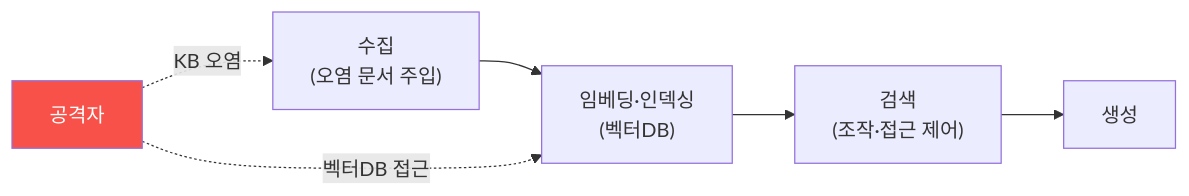
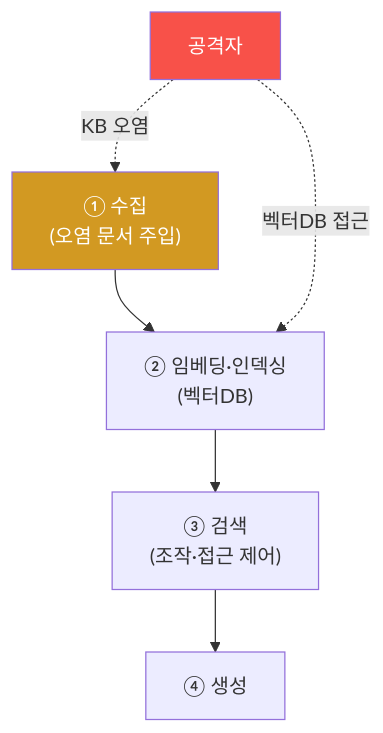
One commit to mrgrit/tw2 changed the diagram in contents/training/ai-service-pentest/lecture_week10.md. Above: the diagram before and after it, drawn with Mermaid. The commit also changed other lines of this file, not shown here.

First line of the commit message:
docs(ai-service-pentest): W10 강의 교재 보강 — RAG·벡터DB 보안

````diff
--- a/contents/training/ai-service-pentest/lecture_week10.md
+++ b/contents/training/ai-service-pentest/lecture_week10.md
@@ -56,9 +57,10 @@
 ```mermaid
-graph LR
-    I["수집<br/>(오염 문서 주입)"] --> E["임베딩·인덱싱<br/>(벡터DB)"]
-    E --> R["검색<br/>(조작·접근 제어)"]
-    R --> G["생성"]
-    ATK["공격자"] -.KB 오염.-> I
-    ATK -.벡터DB 접근.-> E
+graph TD
+    I["① 수집<br/>(오염 문서 주입)"] --> E["② 임베딩·인덱싱<br/>(벡터DB)"]
+    E --> R["③ 검색<br/>(조작·접근 제어)"]
+    R --> G["④ 생성"]
+    ATK["공격자"] -. "KB 오염" .-> I
+    ATK -. "벡터DB 접근" .-> E
     style ATK fill:#f85149,color:#fff
+    style I fill:#d29922,color:#fff
 ```
````
